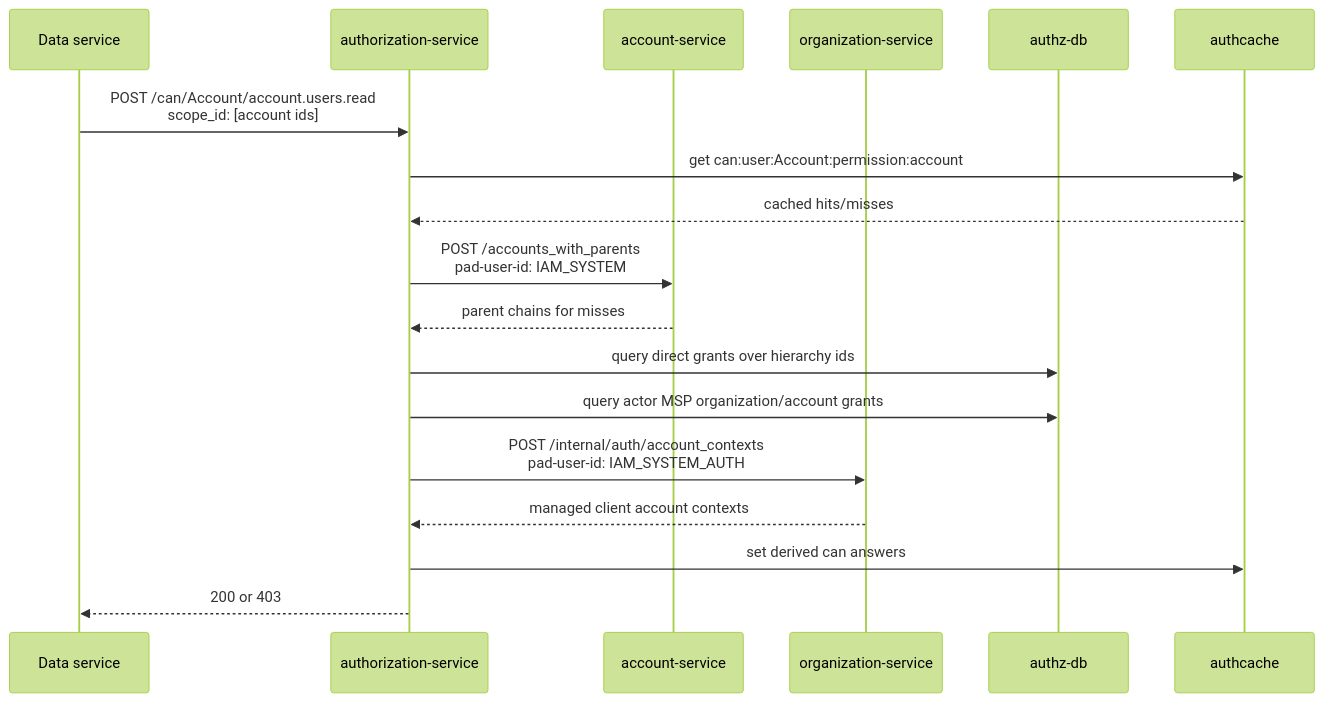
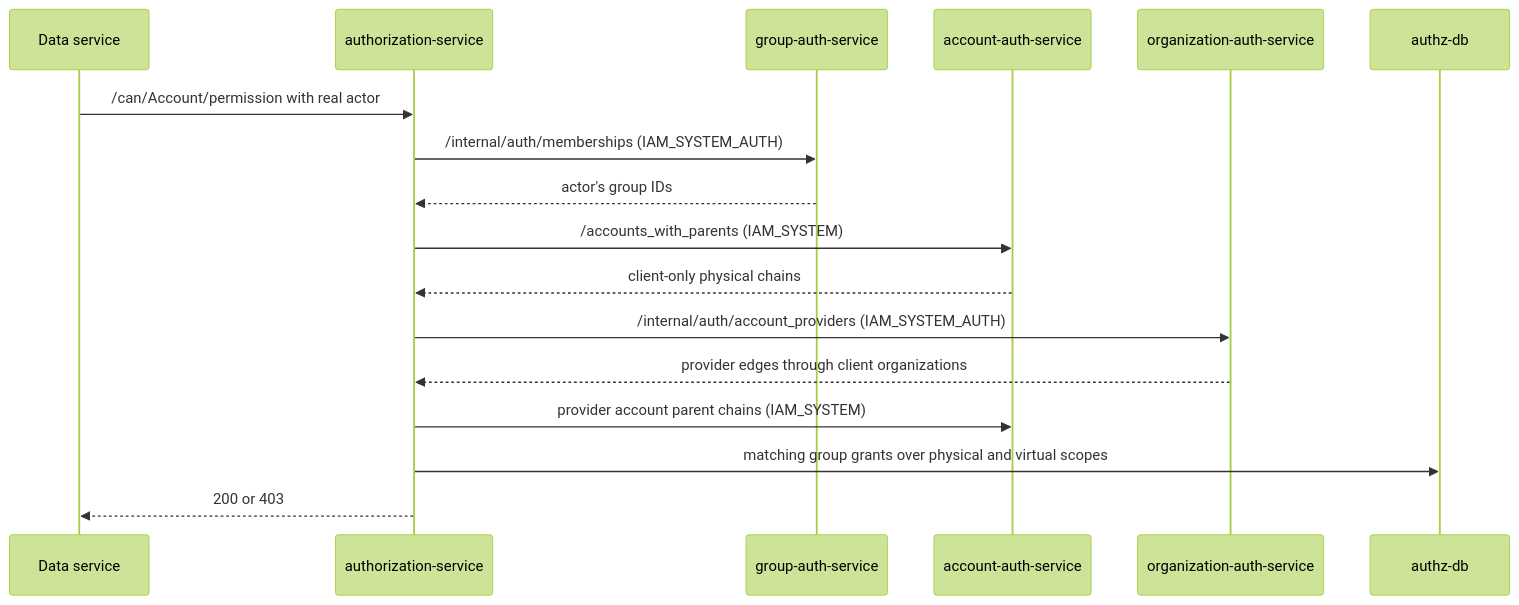
Before and after one commit to meleneth/iam-system-demo: the third of 5 diagrams in FINAL_ARCHITECTURE.md, drawn with Mermaid (forest theme). The commit also changed other lines of this file and 67 other files, not shown here.

Commit message:
Authorize through group grants and virtual MSP account inheritance

````diff
--- a/FINAL_ARCHITECTURE.md
+++ b/FINAL_ARCHITECTURE.md
@@ -167,21 +172,19 @@
 ```mermaid
 sequenceDiagram
   participant Caller as Data service
   participant Auth as authorization-service
-  participant Account as account-service
-  participant Org as organization-service
+  participant Group as group-auth-service
+  participant Account as account-auth-service
+  participant Org as organization-auth-service
   participant DB as authz-db
-  participant Cache as authcache
-
-  Caller->>Auth: POST /can/Account/account.users.read<br/>scope_id: [account ids]
-  Auth->>Cache: get can:user:Account:permission:account
-  Cache-->>Auth: cached hits/misses
-  Auth->>Account: POST /accounts_with_parents<br/>pad-user-id: IAM_SYSTEM
-  Account-->>Auth: parent chains for misses
-  Auth->>DB: query direct grants over hierarchy ids
-  Auth->>DB: query actor MSP organization/account grants
-  Auth->>Org: POST /internal/auth/account_contexts<br/>pad-user-id: IAM_SYSTEM_AUTH
-  Org-->>Auth: managed client account contexts
-  Auth->>Cache: set derived can answers
+  Caller->>Auth: /can/Account/permission with real actor
+  Auth->>Group: /internal/auth/memberships (IAM_SYSTEM_AUTH)
+  Group-->>Auth: actor's group IDs
+  Auth->>Account: /accounts_with_parents (IAM_SYSTEM)
+  Account-->>Auth: client-only physical chains
+  Auth->>Org: /internal/auth/account_providers (IAM_SYSTEM_AUTH)
+  Org-->>Auth: provider edges through client organizations
+  Auth->>Account: provider account parent chains (IAM_SYSTEM)
+  Auth->>DB: matching group grants over physical and virtual scopes
   Auth-->>Caller: 200 or 403
 ```
````
